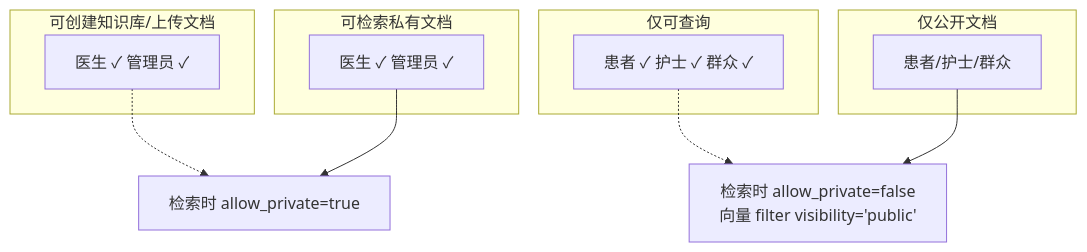
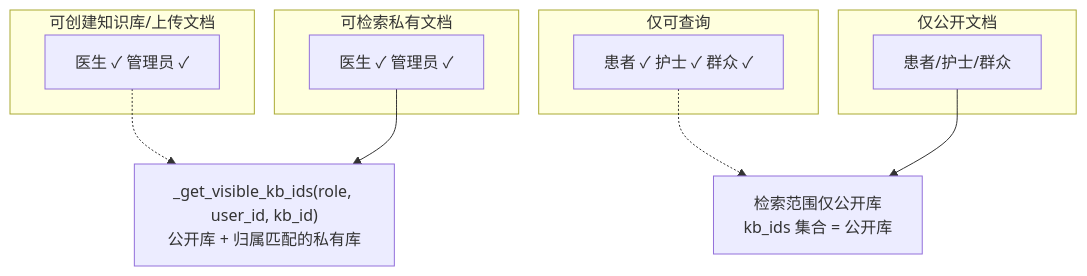
One commit to SFANBLOG/medical-assistant-master changed the eighth of 9 diagrams in 面试准备/项目架构图与流程图.md. Above: the diagram before and after it, drawn with Mermaid. The commit also changed other lines of this file and 3 other files, not shown here.

````diff
--- a/面试准备/项目架构图与流程图.md
+++ b/面试准备/项目架构图与流程图.md
@@ -332,19 +328,19 @@
 ```mermaid
 flowchart TD
     subgraph "可创建知识库/上传文档"
         D["医生 ✓ 管理员 ✓"]
     end
     subgraph "仅可查询"
         P["患者 ✓ 护士 ✓ 群众 ✓"]
     end
     subgraph "可检索私有文档"
         D2["医生 ✓ 管理员 ✓"]
     end
     subgraph "仅公开文档"
         P2["患者/护士/群众"]
     end
-    D -.-> ret["检索时 allow_private=true"]
+    D -.-> ret["_get_visible_kb_ids(role, user_id, kb_id)<br/>公开库 + 归属匹配的私有库"]
     D2 --> ret
-    P -.-> ret2["检索时 allow_private=false<br/>向量 filter visibility='public'"]
+    P -.-> ret2["检索范围仅公开库<br/>kb_ids 集合 = 公开库"]
     P2 --> ret2
 ```
````
